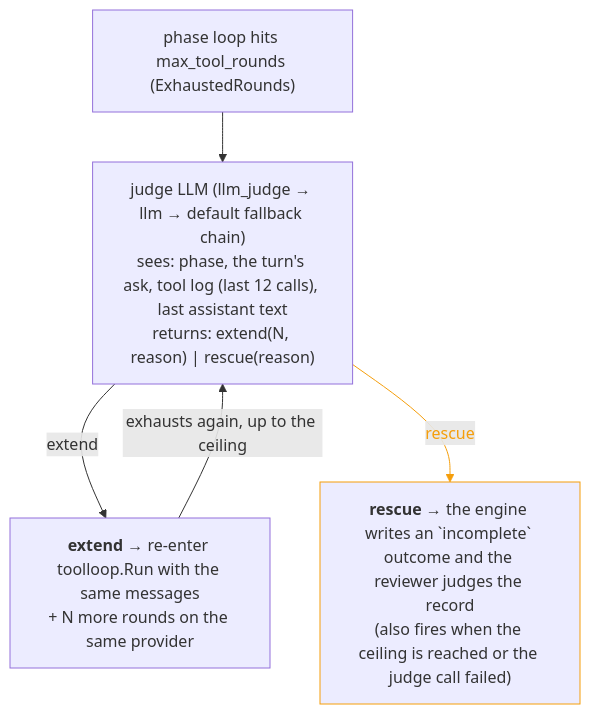
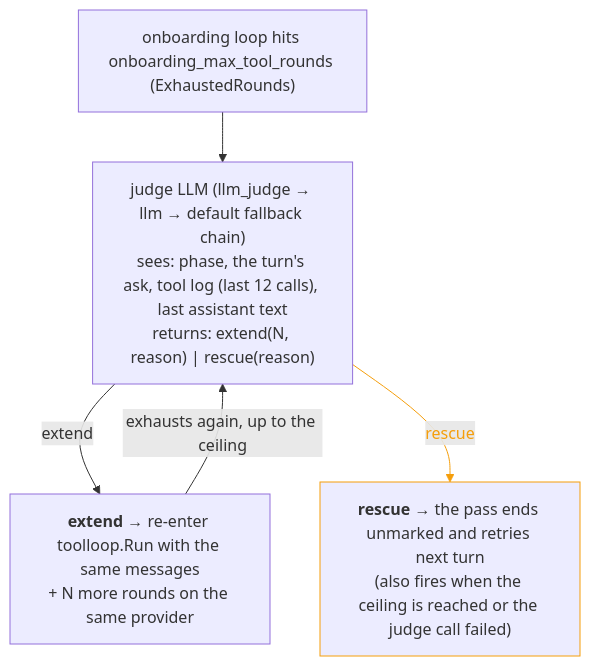
One commit to crewlet/crewlet changed the first of 2 diagrams in docs/concepts/turn-engine.md. Above: the diagram before and after it, drawn with Mermaid. The commit also changed other lines of this file and 687 other files, not shown here.

````diff
--- a/docs/concepts/turn-engine.md
+++ b/docs/concepts/turn-engine.md
@@ -445,15 +452,15 @@
 ```mermaid
 flowchart TD
-    A["phase loop hits max_tool_rounds (ExhaustedRounds)"]
+    A["onboarding loop hits onboarding_max_tool_rounds (ExhaustedRounds)"]
     B["judge LLM (llm_judge → llm → default fallback chain)<br/>sees: phase, the turn's ask, tool log (last 12 calls), last assistant text<br/>returns: extend(N, reason) | rescue(reason)"]
     C["<b>extend</b> → re-enter toolloop.Run with the same messages<br/>+ N more rounds on the same provider"]
-    D["<b>rescue</b> → the engine writes an `incomplete` outcome and the reviewer judges the record<br/>(also fires when the ceiling is reached or the judge call failed)"]
+    D["<b>rescue</b> → the pass ends unmarked and retries next turn<br/>(also fires when the ceiling is reached or the judge call failed)"]
     A --> B
     B -->|extend| C
     B -->|rescue| D
     C -->|"exhausts again, up to the ceiling"| B
 
     D:::warning
     classDef warning stroke:#f59e0b
     linkStyle 2 stroke:#f59e0b,color:#f59e0b
 ```
````
